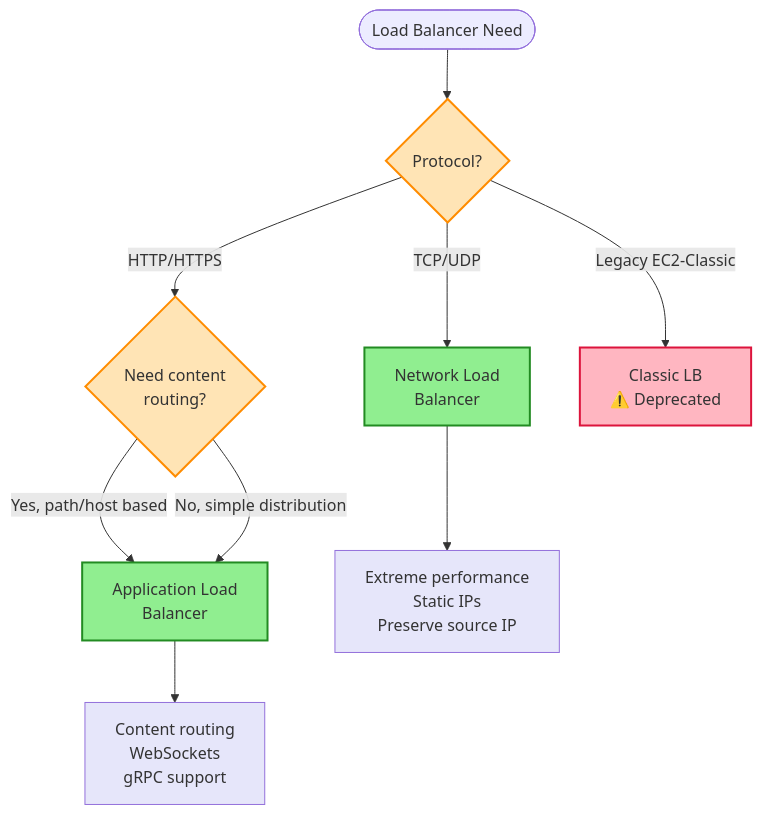
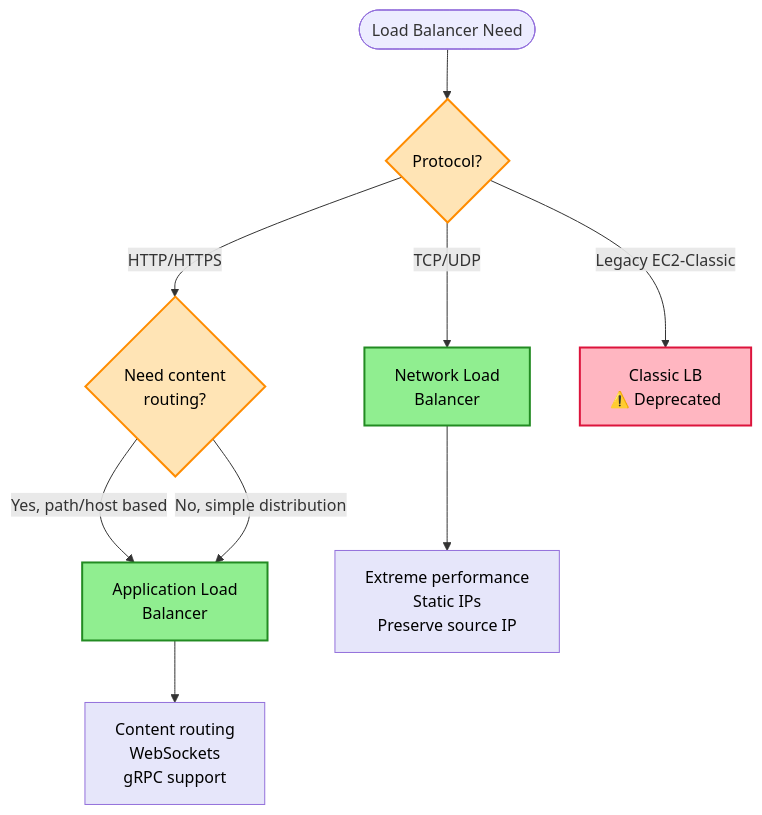
Before and after one commit to intelliswarm-ai/aws-architectures: the first of 6 diagrams in aws-architecture-decisions/diagrams/networking-decisions.md, drawn with Mermaid. The commit also changed other lines of this file and 13 other files, not shown here.

````diff
--- a/aws-architecture-decisions/diagrams/networking-decisions.md
+++ b/aws-architecture-decisions/diagrams/networking-decisions.md
@@ -7,25 +7,25 @@
 ```mermaid
 flowchart TD
     Start([Load Balancer Need]) --> Q1{Protocol?}
 
     Q1 -->|HTTP/HTTPS| Q2{Need content<br/>routing?}
     Q1 -->|TCP/UDP| NLB[Network Load<br/>Balancer]
     Q1 -->|Legacy EC2-Classic| CLB[Classic LB<br/>⚠️ Deprecated]
 
     Q2 -->|Yes, path/host based| ALB[Application Load<br/>Balancer]
     Q2 -->|No, simple distribution| ALB
 
     NLB --> FEAT_NLB[Extreme performance<br/>Static IPs<br/>Preserve source IP]
     ALB --> FEAT_ALB[Content routing<br/>WebSockets<br/>gRPC support]
 
     %% Styling
-    classDef service fill:#90EE90,stroke:#228B22,stroke-width:2px
-    classDef feat fill:#E6E6FA,stroke:#9370DB,stroke-width:1px
-    classDef question fill:#FFE4B5,stroke:#FF8C00,stroke-width:2px
-    classDef deprecated fill:#FFB6C1,stroke:#DC143C,stroke-width:2px
+    classDef service fill:#90EE90,stroke:#228B22,stroke-width:2px,color:#000000
+    classDef feat fill:#E6E6FA,stroke:#9370DB,stroke-width:1px,color:#000000
+    classDef question fill:#FFE4B5,stroke:#FF8C00,stroke-width:2px,color:#000000
+    classDef deprecated fill:#FFB6C1,stroke:#DC143C,stroke-width:2px,color:#000000
 
     class Q1,Q2 question
     class ALB,NLB service
     class CLB deprecated
     class FEAT_NLB,FEAT_ALB feat
 ```
````
